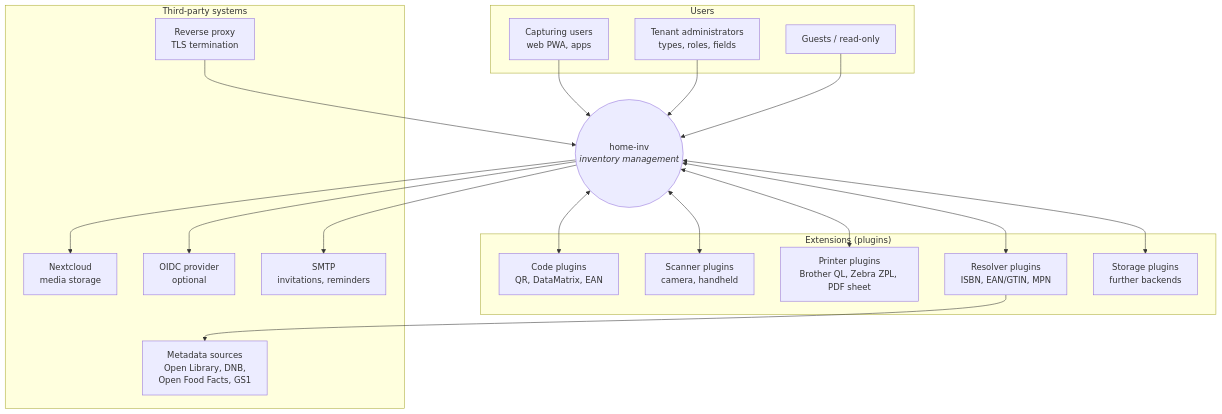
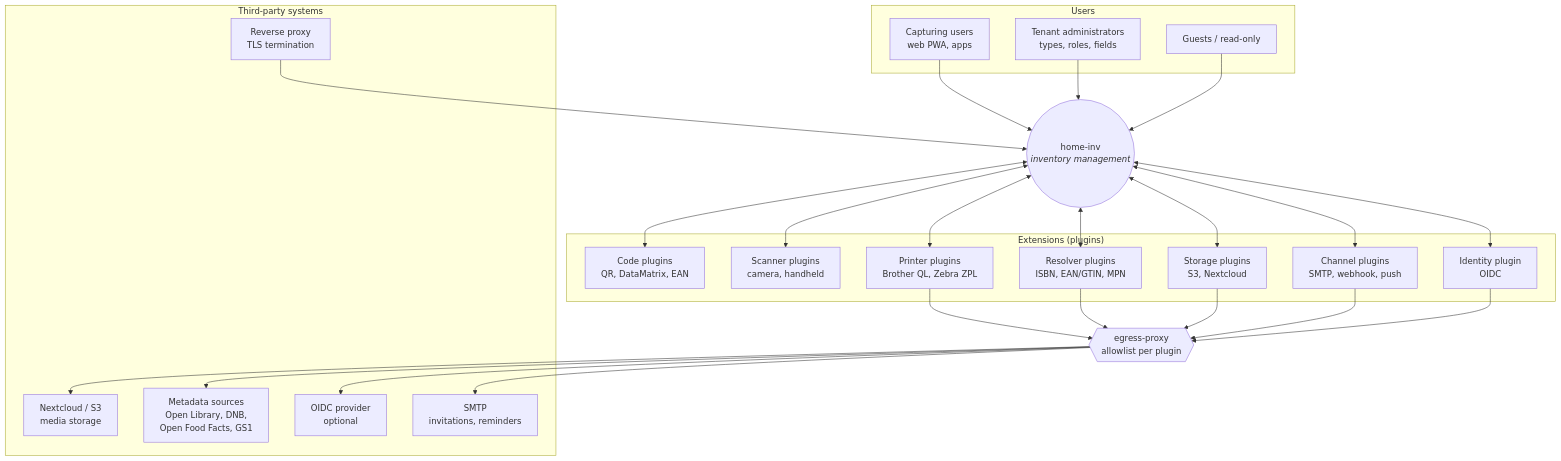
One commit to greluc/Home-Inventory changed the diagram in docs/architecture/02-constraints-and-context.md. Above: the diagram before and after it, drawn with Mermaid. The commit also changed other lines of this file and 38 other files, not shown here.

````diff
--- a/docs/architecture/02-constraints-and-context.md
+++ b/docs/architecture/02-constraints-and-context.md
@@ -83,42 +94,49 @@
 ```mermaid
 graph TB
     subgraph Users
         U1["Capturing users<br/>web PWA, apps"]
         U2["Tenant administrators<br/>types, roles, fields"]
         U3["Guests / read-only"]
     end
 
     SYS(("home-inv<br/><i>inventory management</i>"))
 
     subgraph "Extensions (plugins)"
         P1["Code plugins<br/>QR, DataMatrix, EAN"]
         P2["Scanner plugins<br/>camera, handheld"]
-        P3["Printer plugins<br/>Brother QL, Zebra ZPL, PDF sheet"]
+        P3["Printer plugins<br/>Brother QL, Zebra ZPL"]
         P4["Resolver plugins<br/>ISBN, EAN/GTIN, MPN"]
-        P5["Storage plugins<br/>further backends"]
+        P5["Storage plugins<br/>S3, Nextcloud"]
+        P6["Channel plugins<br/>SMTP, webhook, push"]
+        P7["Identity plugin<br/>OIDC"]
     end
 
+    EP{{"egress-proxy<br/>allowlist per plugin"}}
+
     subgraph "Third-party systems"
-        X1["Nextcloud<br/>media storage"]
+        X1["Nextcloud / S3<br/>media storage"]
         X2["Metadata sources<br/>Open Library, DNB,<br/>Open Food Facts, GS1"]
         X3["OIDC provider<br/>optional"]
         X4["SMTP<br/>invitations, reminders"]
         X5["Reverse proxy<br/>TLS termination"]
     end
 
     U1 --> SYS
     U2 --> SYS
     U3 --> SYS
     X5 --> SYS
 
     SYS <--> P1
     SYS <--> P2
     SYS <--> P3
     SYS <--> P4
     SYS <--> P5
+    SYS <--> P6
+    SYS <--> P7
 
-    SYS --> X1
-    P4 --> X2
-    SYS --> X3
-    SYS --> X4
+    P3 & P4 & P5 & P6 & P7 --> EP
+    EP --> X1
+    EP --> X2
+    EP --> X3
+    EP --> X4
 ```
````
